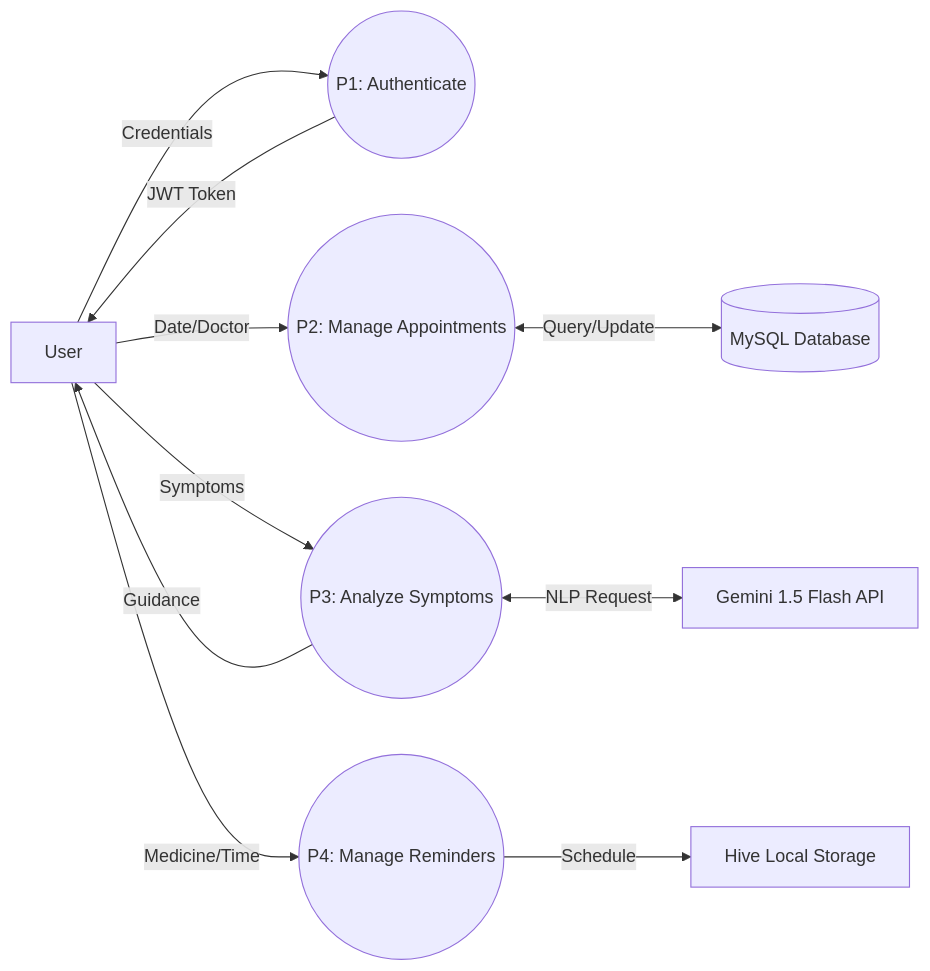
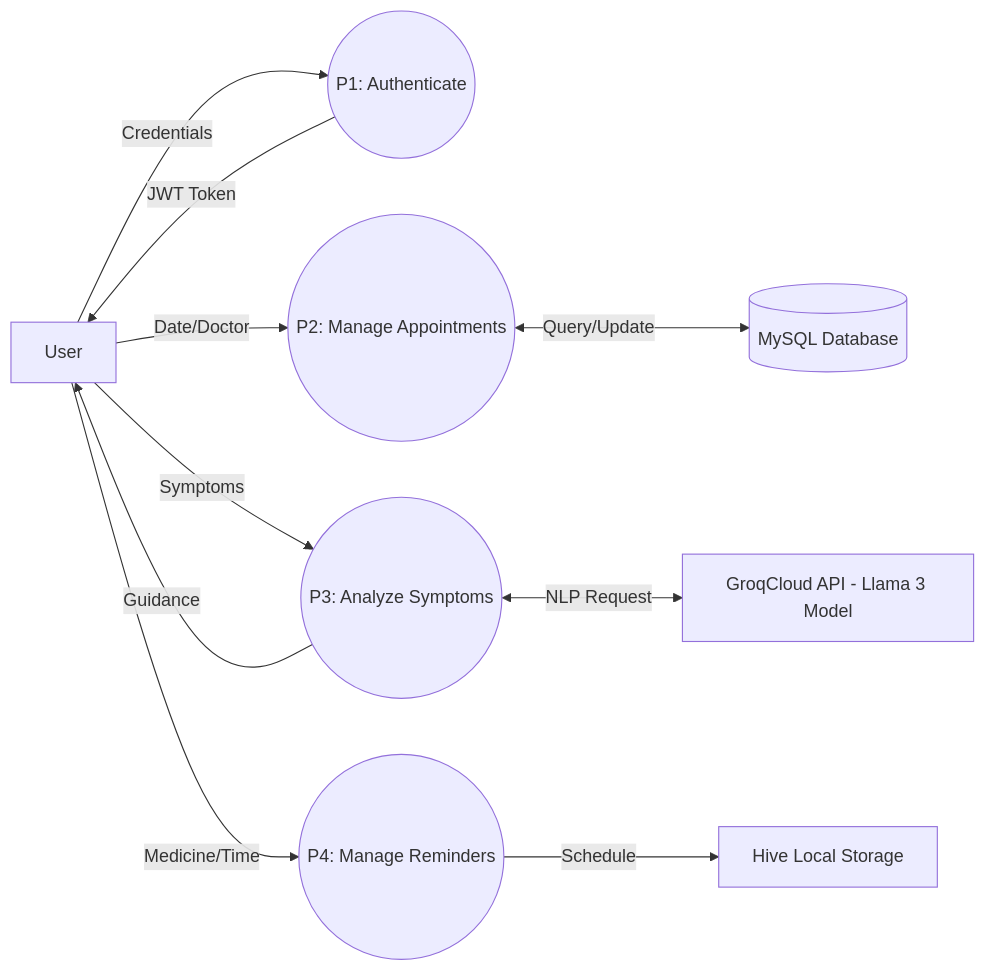
One commit to mediaibuitems-ui/Medi-AI_B_F changed the fifth of 20 diagrams in Medi_AI_Backend_railway/thesis/Medi-AI_Thesis.md. Above: the diagram before and after it, drawn with Mermaid. The commit also changed 2 other files, not shown here.

Commit message:
Fix medicine reminder notification and UI errors

````diff
--- a/Medi_AI_Backend_railway/thesis/Medi-AI_Thesis.md
+++ b/Medi_AI_Backend_railway/thesis/Medi-AI_Thesis.md
@@ -699,26 +699,26 @@
 ```mermaid
 flowchart LR
     User[User]
     
     P1((P1: Authenticate))
     P2((P2: Manage Appointments))
     P3((P3: Analyze Symptoms))
     P4((P4: Manage Reminders))
     
     DB[(MySQL Database)]
-    Gemini[Gemini 1.5 Flash API]
+    Gemini[GroqCloud API - Llama 3 Model]
     Local[Hive Local Storage]
     
     User -->|Credentials| P1
     P1 -->|JWT Token| User
     
     User -->|Date/Doctor| P2
     P2 <-->|Query/Update| DB
     
     User -->|Symptoms| P3
     P3 <-->|NLP Request| Gemini
     P3 -->|Guidance| User
     
     User -->|Medicine/Time| P4
     P4 -->|Schedule| Local
 ```
````
